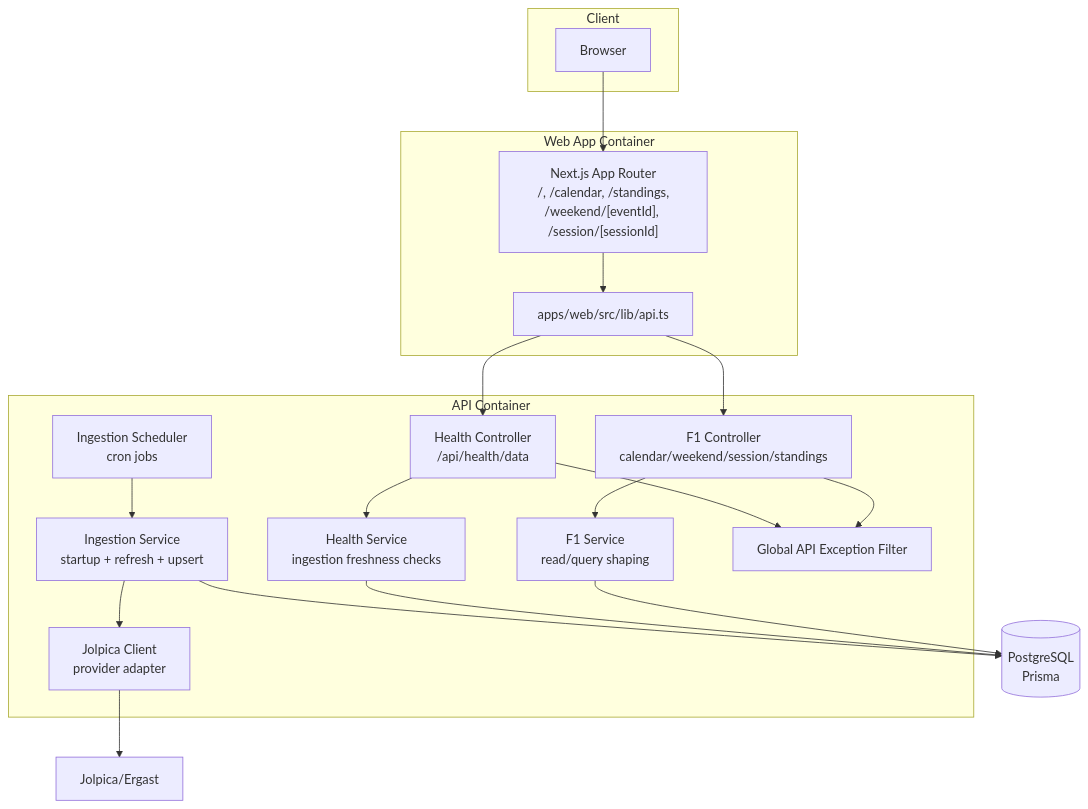
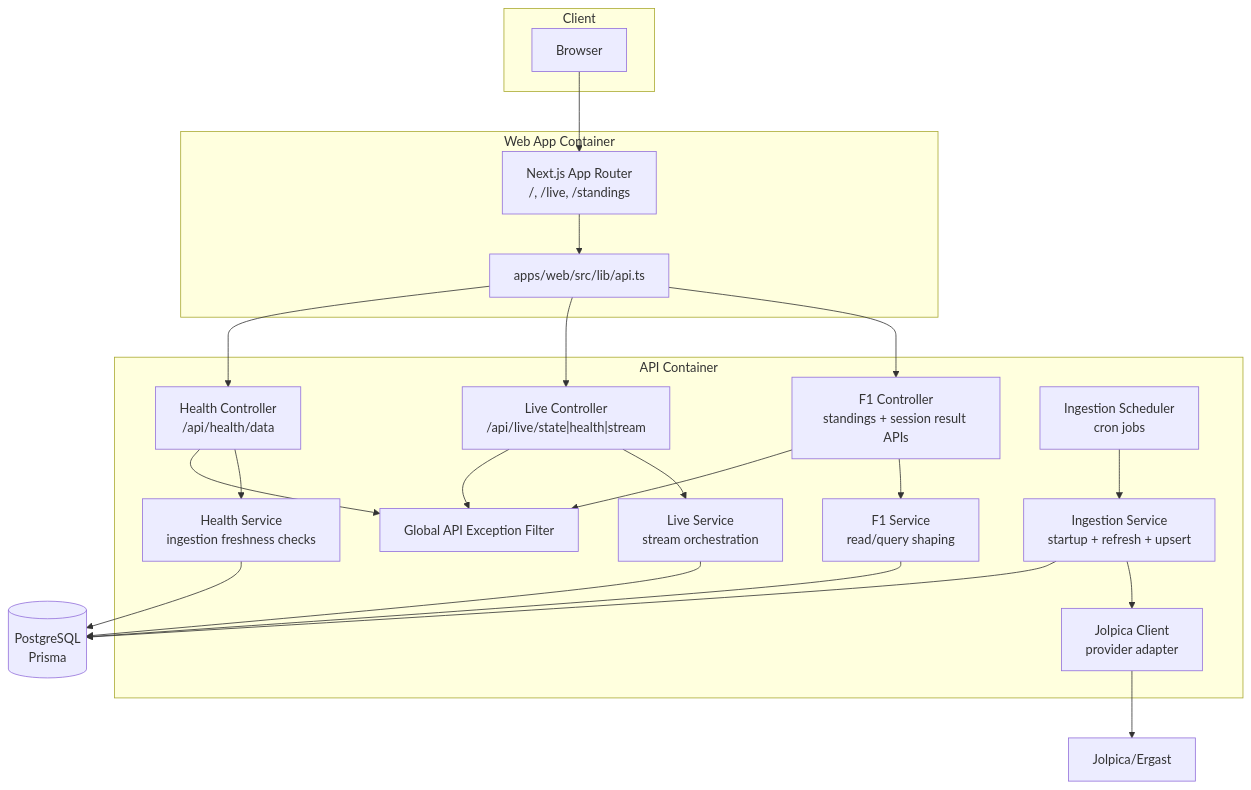
The diagram in docs/architecture/02-container-view.md (wocampodev/f1-vibetiming), drawn with Mermaid before and after one commit. The commit also changed other lines of this file and 26 other files, not shown here.

````diff
--- a/docs/architecture/02-container-view.md
+++ b/docs/architecture/02-container-view.md
@@ -5,43 +5,49 @@
 ```mermaid
 flowchart TB
   subgraph Client
     browser["Browser"]
   end
 
   subgraph Web["Web App Container"]
-    webRoutes["Next.js App Router<br/>/, /calendar, /standings,<br/>/weekend/[eventId], /session/[sessionId]"]
+    webRoutes["Next.js App Router<br/>/, /live, /standings"]
     webApiClient["apps/web/src/lib/api.ts"]
   end
 
   subgraph Api["API Container"]
-    f1Controller["F1 Controller<br/>calendar/weekend/session/standings"]
+    f1Controller["F1 Controller<br/>standings + session result APIs"]
+    liveController["Live Controller<br/>/api/live/state|health|stream"]
     healthController["Health Controller<br/>/api/health/data"]
     f1Service["F1 Service<br/>read/query shaping"]
+    liveService["Live Service<br/>stream orchestration"]
     healthService["Health Service<br/>ingestion freshness checks"]
     ingestionScheduler["Ingestion Scheduler<br/>cron jobs"]
     ingestionService["Ingestion Service<br/>startup + refresh + upsert"]
     jolpicaClient["Jolpica Client<br/>provider adapter"]
     exceptionFilter["Global API Exception Filter"]
   end
 
   db[("PostgreSQL<br/>Prisma")]
   provider["Jolpica/Ergast"]
 
   browser --> webRoutes
   webRoutes --> webApiClient
   webApiClient --> f1Controller
+  webApiClient --> liveController
   webApiClient --> healthController
 
   f1Controller --> f1Service
+  liveController --> liveService
   healthController --> healthService
   f1Service --> db
+  liveService --> db
   healthService --> db
 
   ingestionScheduler --> ingestionService
   ingestionService --> jolpicaClient
   ingestionService --> db
   jolpicaClient --> provider
 
   f1Controller --> exceptionFilter
+  liveController --> exceptionFilter
   healthController --> exceptionFilter
 ```
````
